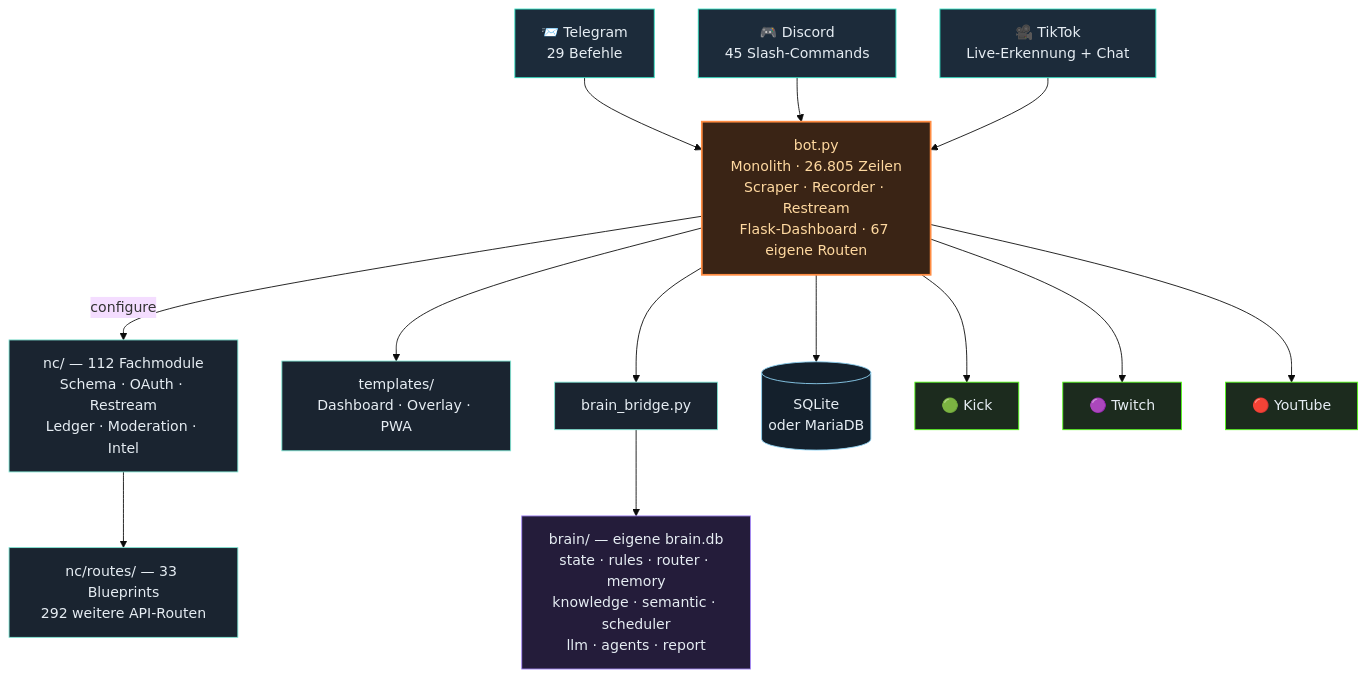
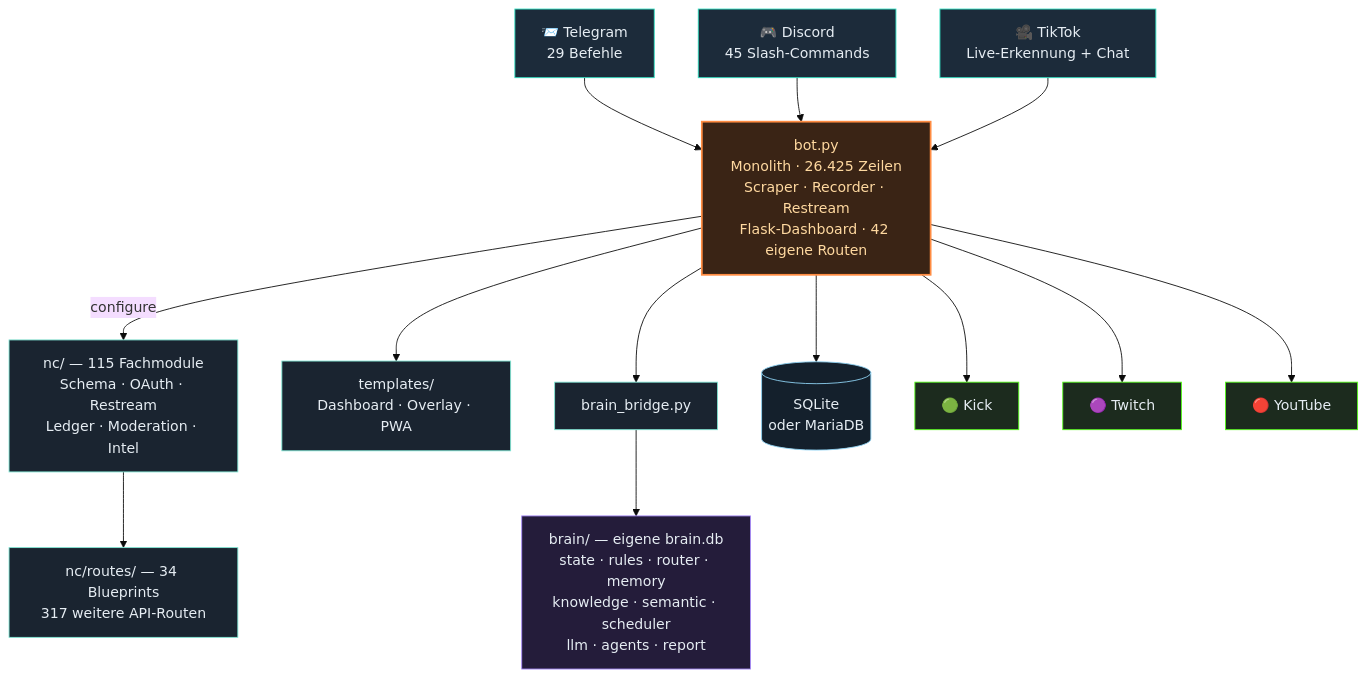
One commit to itsamemedev/Telegram-Stream-Info-Bot changed the third of 4 diagrams in README.md. Above: the diagram before and after it, drawn with Mermaid (base theme). The commit also changed other lines of this file and 18 other files, not shown here.

````diff
--- a/README.md
+++ b/README.md
@@ -189,30 +189,30 @@
 ```mermaid
 flowchart TB
     TG["📨 Telegram<br/>29 Befehle"]:::ein
     DC["🎮 Discord<br/>45 Slash-Commands"]:::ein
     TT["🎥 TikTok<br/>Live-Erkennung + Chat"]:::ein
 
     TG --> BOT
     DC --> BOT
     TT --> BOT
 
-    BOT["bot.py<br/>Monolith · 26.805 Zeilen<br/>Scraper · Recorder · Restream<br/>Flask-Dashboard · 67 eigene Routen"]:::core
+    BOT["bot.py<br/>Monolith · 26.425 Zeilen<br/>Scraper · Recorder · Restream<br/>Flask-Dashboard · 42 eigene Routen"]:::core
 
-    BOT -->|configure| NC["nc/ — 112 Fachmodule<br/>Schema · OAuth · Restream<br/>Ledger · Moderation · Intel"]:::lib
-    NC --> RT["nc/routes/ — 33 Blueprints<br/>292 weitere API-Routen"]:::lib
+    BOT -->|configure| NC["nc/ — 115 Fachmodule<br/>Schema · OAuth · Restream<br/>Ledger · Moderation · Intel"]:::lib
+    NC --> RT["nc/routes/ — 34 Blueprints<br/>317 weitere API-Routen"]:::lib
     BOT --> TPL["templates/<br/>Dashboard · Overlay · PWA"]:::lib
     BOT --> BR["brain_bridge.py"]:::lib
     BR --> BRAIN["brain/ — eigene brain.db<br/>state · rules · router · memory<br/>knowledge · semantic · scheduler<br/>llm · agents · report"]:::brain
     BOT --> DB[("SQLite<br/>oder MariaDB")]:::db
 
     BOT --> KICK["🟢 Kick"]:::out
     BOT --> TW["🟣 Twitch"]:::out
     BOT --> YT["🔴 YouTube"]:::out
 
     classDef ein fill:#1c2b3a,stroke:#2de1c2,color:#e6edf3
     classDef core fill:#3a2415,stroke:#ff8c42,stroke-width:2px,color:#ffd9a0
     classDef lib fill:#1a2430,stroke:#7fe7d4,color:#e6edf3
     classDef brain fill:#241c3a,stroke:#a78bfa,color:#e6edf3
     classDef db fill:#14202c,stroke:#8fd3f4,color:#e6edf3
     classDef out fill:#1c2b1e,stroke:#53fc18,color:#e6edf3
 ```
````
